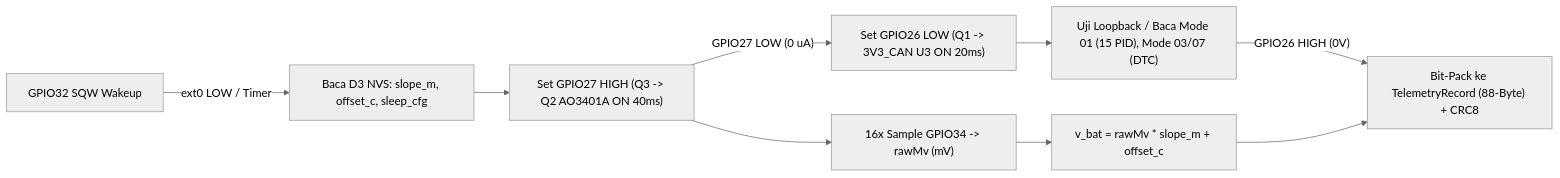
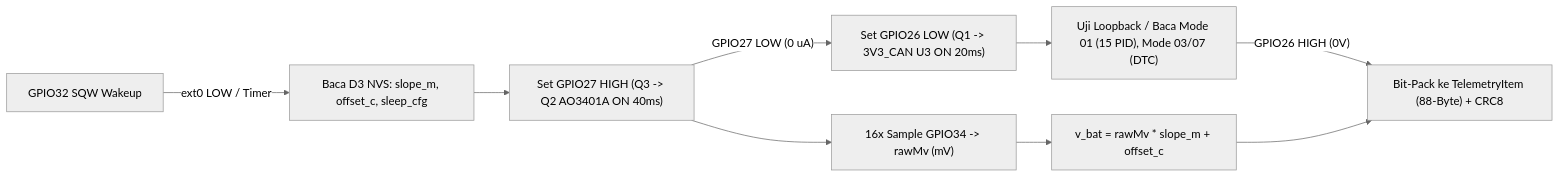
One commit to Syzafid/OrionTelemetry changed the third of 4 diagrams in docs/docs/architecture/data-flow-dfd.md. Above: the diagram before and after it, drawn with Mermaid (neutral theme). The commit also changed other lines of this file and 24 other files, not shown here.

````diff
--- a/docs/docs/architecture/data-flow-dfd.md
+++ b/docs/docs/architecture/data-flow-dfd.md
@@ -106,11 +116,11 @@
 ```mermaid
 flowchart LR
   RTC_IRQ["GPIO32 SQW Wakeup"] -->|"ext0 LOW / Timer"| LOAD_NVS["Baca D3 NVS: slope_m, offset_c, sleep_cfg"]
   LOAD_NVS --> GATE_ADC["Set GPIO27 HIGH (Q3 -> Q2 AO3401A ON 40ms)"]
   GATE_ADC --> ADC_READ["16x Sample GPIO34 -> rawMv (mV)"]
   ADC_READ --> CALC_V["v_bat = rawMv * slope_m + offset_c"]
   GATE_ADC -->|"GPIO27 LOW (0 uA)"| GATE_CAN["Set GPIO26 LOW (Q1 -> 3V3_CAN U3 ON 20ms)"]
   GATE_CAN --> CAN_POLL["Uji Loopback / Baca Mode 01 (15 PID), Mode 03/07 (DTC)"]
-  CAN_POLL -->|"GPIO26 HIGH (0V)"| PACK["Bit-Pack ke TelemetryRecord (88-Byte) + CRC8"]
+  CAN_POLL -->|"GPIO26 HIGH (0V)"| PACK["Bit-Pack ke TelemetryItem (88-Byte) + CRC8"]
   CALC_V --> PACK
 ```
````
